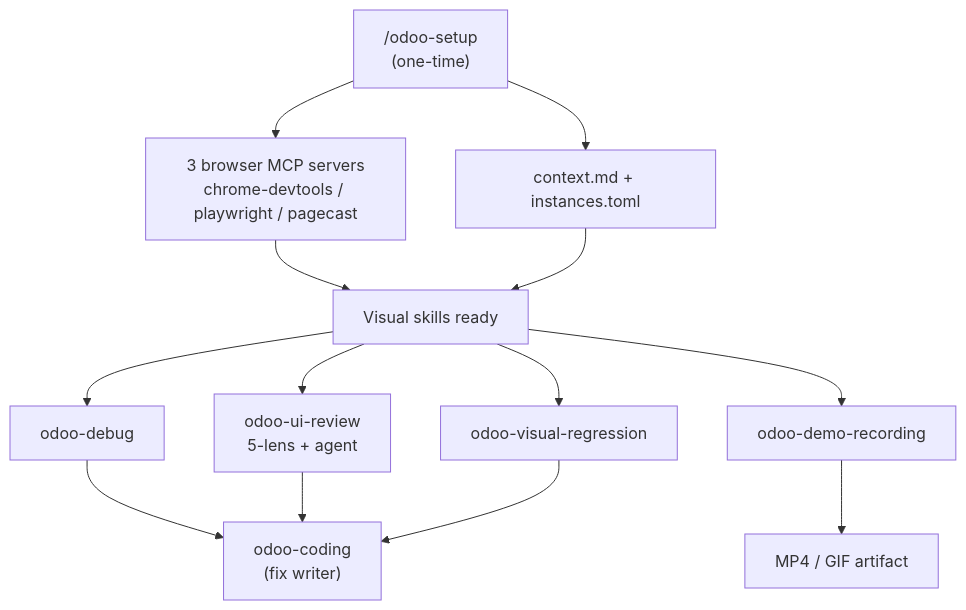
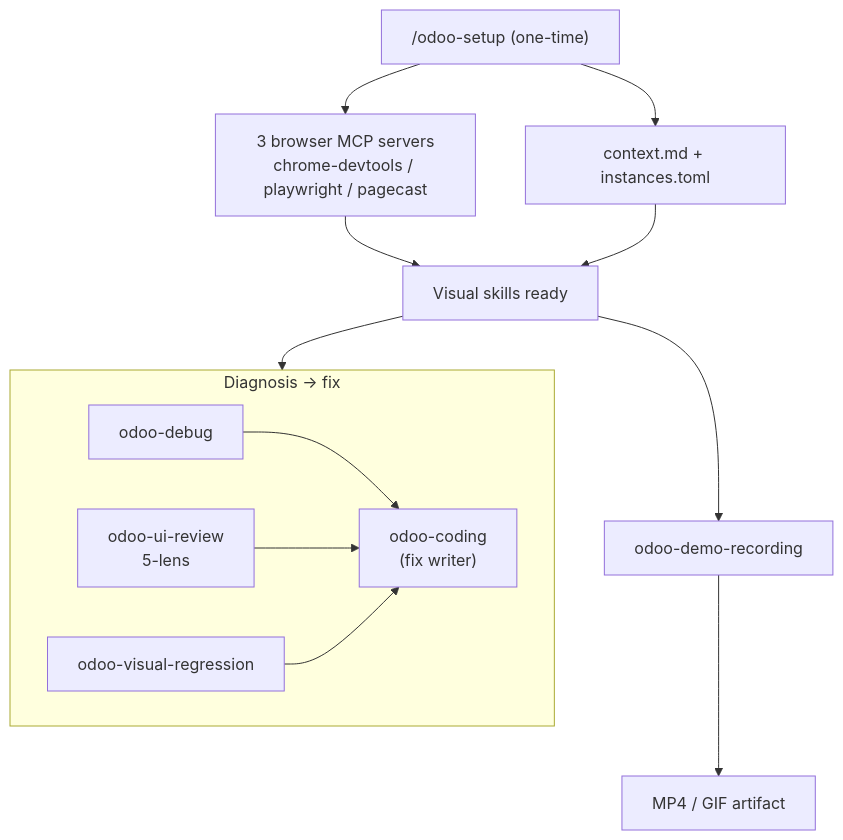
Before and after one commit to Viindoo/odoo-mcp-client: the third of 4 diagrams in plugins/odoo-ai-agents/README.md, drawn with Mermaid. The commit also changed other lines of this file and 29 other files, not shown here.

````diff
--- a/plugins/odoo-ai-agents/README.md
+++ b/plugins/odoo-ai-agents/README.md
@@ -340,20 +254,19 @@
 ```mermaid
 flowchart TD
-    SETUP["/odoo-setup<br/>(one-time)"]
+    SETUP["/odoo-setup (one-time)"]
     SETUP --> MCPW["3 browser MCP servers<br/>chrome-devtools / playwright / pagecast"]
     SETUP --> CTX["context.md + instances.toml"]
 
     MCPW --> SK["Visual skills ready"]
     CTX --> SK
 
-    SK --> UID["odoo-debug"]
-    SK --> UIR["odoo-ui-review<br/>5-lens + agent"]
-    SK --> VR["odoo-visual-regression"]
+    subgraph FIX_SKILLS["Diagnosis -> fix"]
+        UID["odoo-debug"] --> FC["odoo-coding<br/>(fix writer)"]
+        UIR["odoo-ui-review<br/>5-lens"] --> FC
+        VR["odoo-visual-regression"] --> FC
+    end
+
+    SK --> FIX_SKILLS
     SK --> DR["odoo-demo-recording"]
-
-    UID --> FC["odoo-coding<br/>(fix writer)"]
-    UIR --> FC
-    VR --> FC
-
     DR --> MEDIA["MP4 / GIF artifact"]
 ```
````
